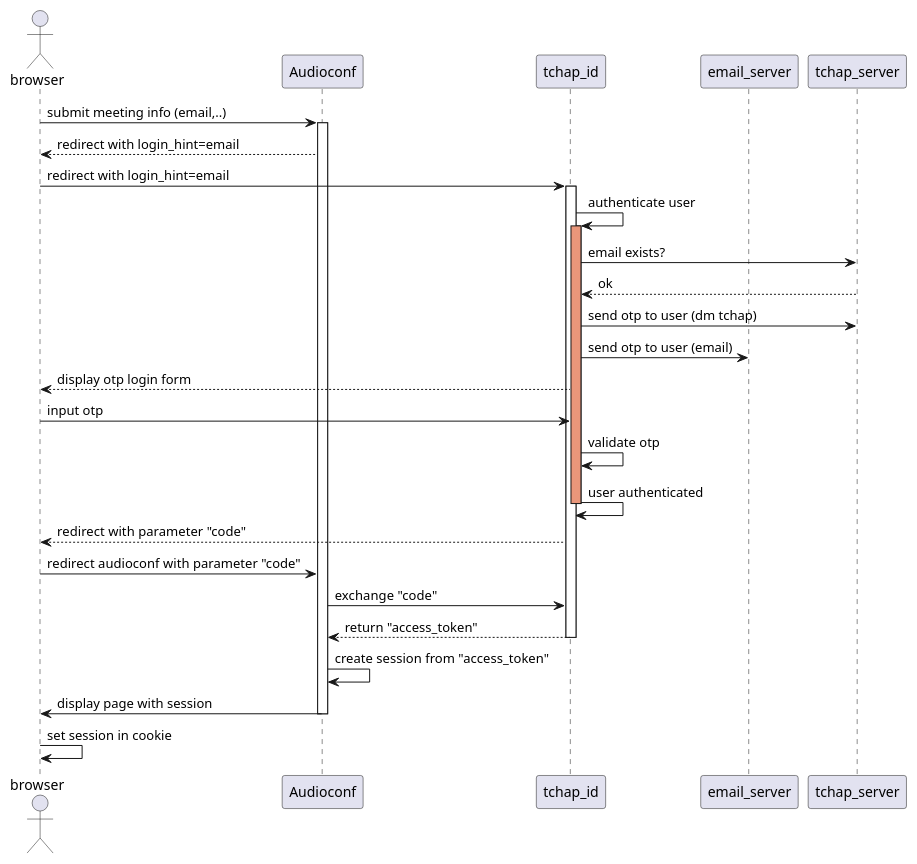
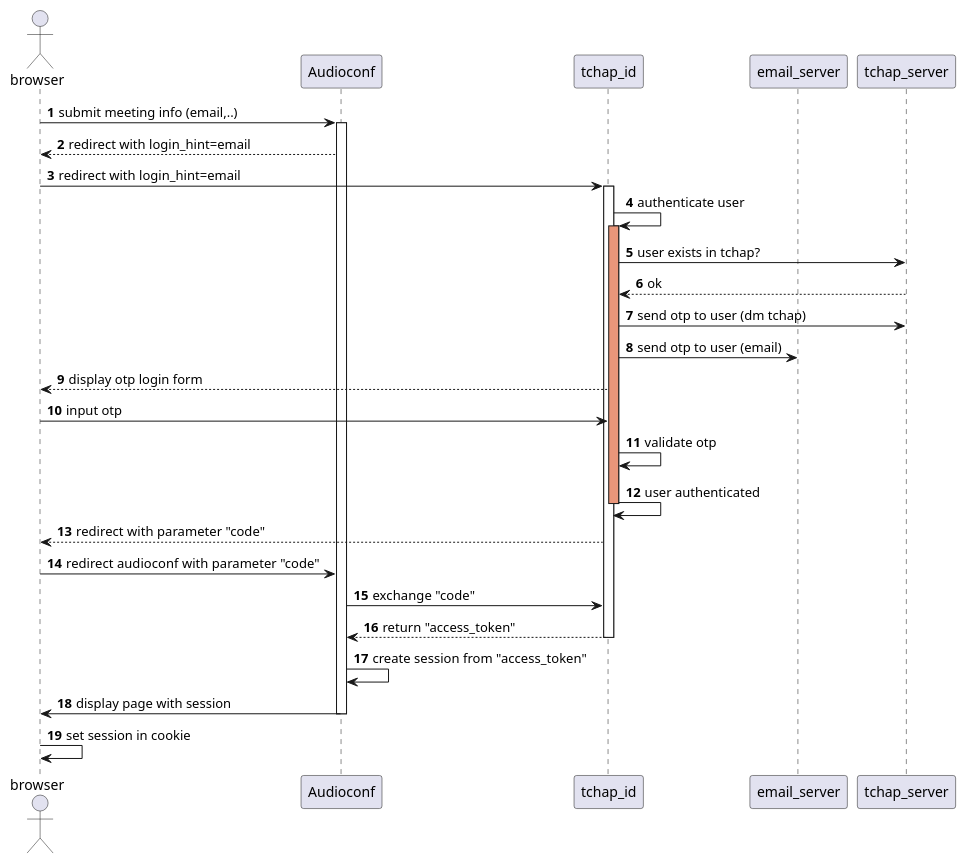
Before and after one commit to tchapgouv/tchap-identite: the diagram in docs/openid-code-audioconf.plantuml, drawn with PlantUML. The commit also changed 11 other files, not shown here.

```diff
--- a/docs/openid-code-audioconf.plantuml
+++ b/docs/openid-code-audioconf.plantuml
@@ -1,34 +1,35 @@
 @startuml
 
 actor browser
 participant audioconf as "Audioconf"
 participant tchap_id
 participant email_server
 participant tchap_server
+autonumber
 
 browser -> audioconf : submit meeting info (email,..)
 activate audioconf
 audioconf --> browser : redirect with login_hint=email
 browser -> tchap_id : redirect with login_hint=email
 activate tchap_id
 tchap_id -> tchap_id : authenticate user
 activate tchap_id #DarkSalmon
-tchap_id -> tchap_server : email exists?
+tchap_id -> tchap_server : user exists in tchap?
 tchap_id <-- tchap_server : ok
 tchap_id -> tchap_server : send otp to user (dm tchap)
 tchap_id -> email_server : send otp to user (email)
 browser <-- tchap_id : display otp login form
 browser -> tchap_id : input otp
 tchap_id -> tchap_id : validate otp
 tchap_id -> tchap_id : user authenticated
 deactivate tchap_id #DarkSalmon
 browser <-- tchap_id : redirect with parameter "code"
 browser -> audioconf : redirect audioconf with parameter "code"
 audioconf -> tchap_id : exchange "code"
 audioconf <-- tchap_id : return "access_token"
 deactivate tchap_id
 audioconf -> audioconf : create session from "access_token"
 audioconf -> browser : display page with session
 deactivate audioconf
 browser -> browser : set session in cookie
 @enduml
```
